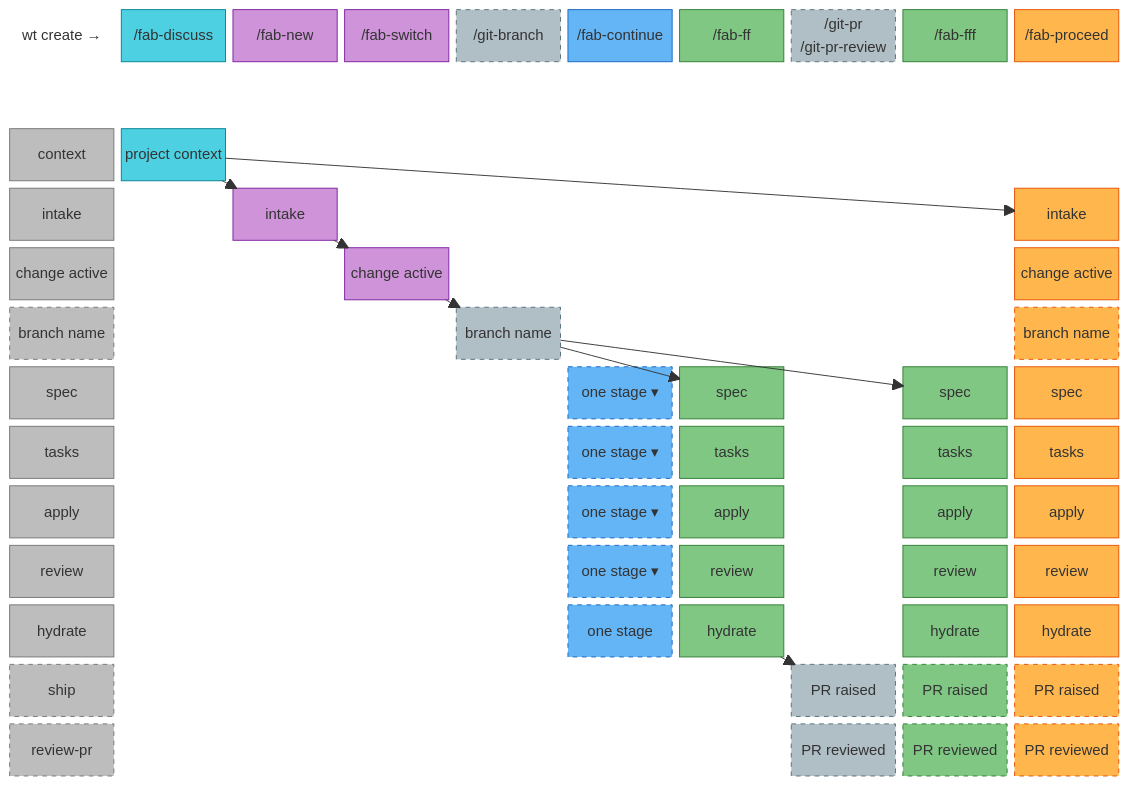
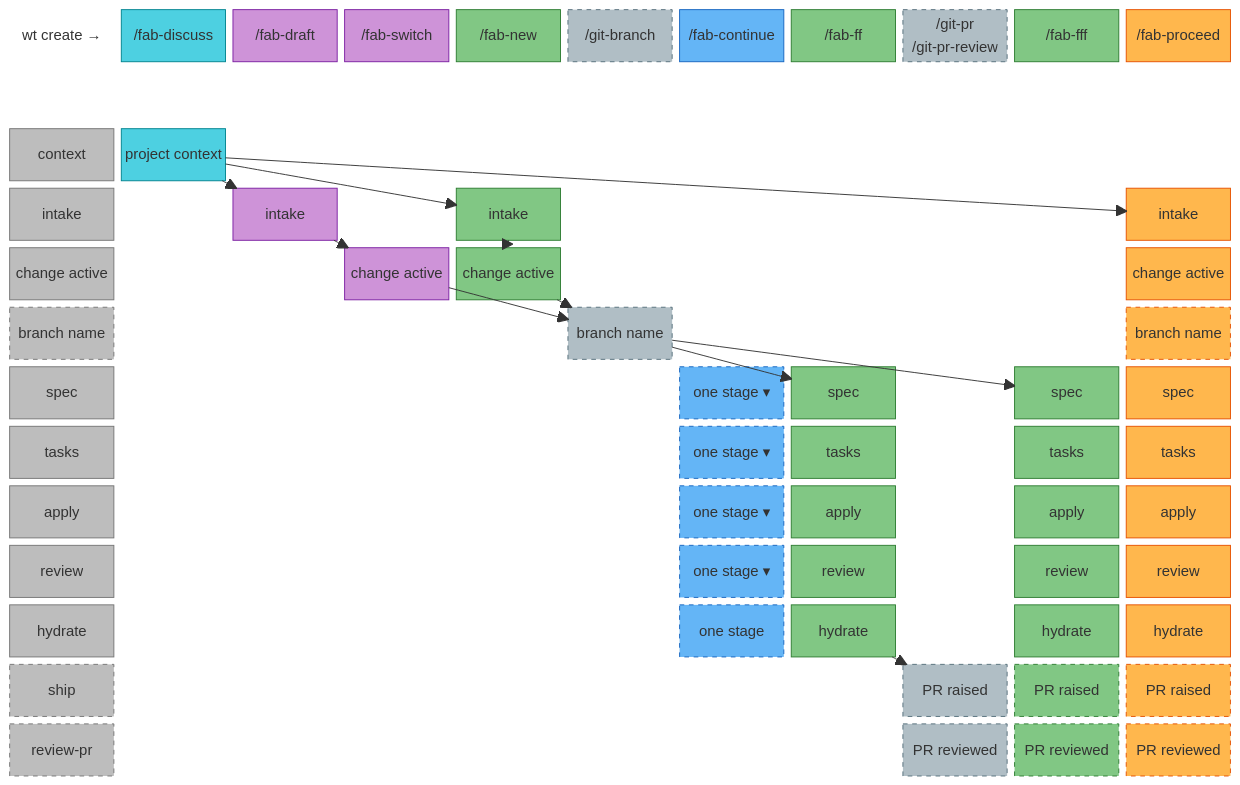
The second of 2 diagrams in README.md (sahil87/fab-kit), drawn with Mermaid before and after one commit. The commit also changed 17 other files, not shown here.

Commit message:
docs: Fab Draft Auto Activate (#319)

````diff
--- a/README.md
+++ b/README.md
@@ -391,28 +391,31 @@
 ```mermaid
 block-beta
-    columns 11
+    columns 12
 
-    hdr_label["wt create →"]:1 header0["/fab-discuss"] header1["/fab-new"] header2["/fab-switch"] header3["/git-branch"] header4["/fab-continue"] header5["/fab-ff"] header6["/git-pr \n /git-pr-review"] header8["/fab-fff"] header9["/fab-proceed"] space:1
+    hdr_label["wt create →"]:1 header0["/fab-discuss"] header1["/fab-draft"] header2["/fab-switch"] headerN["/fab-new"] header3["/git-branch"] header4["/fab-continue"] header5["/fab-ff"] header6["/git-pr \n /git-pr-review"] header8["/fab-fff"] header9["/fab-proceed"] space:1
 
-    space:11
+    space:12
 
-    s01["context"]:1 d_ctx["project context"]:1 space:9
-    s11["intake"]:1 space:1 fn_in["intake"]:1 space:6 p_in["intake"]:1 space:1
-    s02["change active"]:1 space:2 sw_act["change active"]:1 space:1 space:4 p_sw["change active"]:1 space:1
-    s03["branch name"]:1 space:3 gb_br["branch name"]:1 space:4 p_br["branch name"]:1 space:1
-    s04["spec"]:1 space:4 c_stg["one stage ▾"]:1 ff_sp["spec"]:1 space:1 fff_sp["spec"]:1 p_sp["spec"]:1 space:1
-    s05["tasks"]:1 space:4 c_stg2["one stage ▾"]:1 ff_ta["tasks"]:1 space:1 fff_ta["tasks"]:1 p_ta["tasks"]:1 space:1
-    s06["apply"]:1 space:4 c_stg3["one stage ▾"]:1 ff_ap["apply"]:1 space:1 fff_ap["apply"]:1 p_ap["apply"]:1 space:1
-    s07["review"]:1 space:4 c_stg4["one stage ▾"]:1 ff_rv["review"]:1 space:1 fff_rv["review"]:1 p_rv["review"]:1 space:1
-    s08["hydrate"]:1 space:4 c_stg5["one stage"]:1 ff_hy["hydrate"]:1 space:1 fff_hy["hydrate"]:1 p_hy["hydrate"]:1 space:1
-    s09["ship"]:1 space:4 space:1 space:1 gp_sh["PR raised"]:1 fff_pr["PR raised"]:1 p_pr["PR raised"]:1 space:1
-    s10["review-pr"]:1 space:4 space:1 space:1 gp_rp["PR reviewed"]:1 fff_rp["PR reviewed"]:1 p_rp["PR reviewed"]:1 space:1
+    s01["context"]:1 d_ctx["project context"]:1 space:10
+    s11["intake"]:1 space:1 fd_in["intake"]:1 space:1 fnew_in["intake"]:1 space:5 p_in["intake"]:1 space:1
+    s02["change active"]:1 space:2 sw_act["change active"]:1 fnew_act["change active"]:1 space:1 space:4 p_sw["change active"]:1 space:1
+    s03["branch name"]:1 space:4 gb_br["branch name"]:1 space:4 p_br["branch name"]:1 space:1
+    s04["spec"]:1 space:5 c_stg["one stage ▾"]:1 ff_sp["spec"]:1 space:1 fff_sp["spec"]:1 p_sp["spec"]:1 space:1
+    s05["tasks"]:1 space:5 c_stg2["one stage ▾"]:1 ff_ta["tasks"]:1 space:1 fff_ta["tasks"]:1 p_ta["tasks"]:1 space:1
+    s06["apply"]:1 space:5 c_stg3["one stage ▾"]:1 ff_ap["apply"]:1 space:1 fff_ap["apply"]:1 p_ap["apply"]:1 space:1
+    s07["review"]:1 space:5 c_stg4["one stage ▾"]:1 ff_rv["review"]:1 space:1 fff_rv["review"]:1 p_rv["review"]:1 space:1
+    s08["hydrate"]:1 space:5 c_stg5["one stage"]:1 ff_hy["hydrate"]:1 space:1 fff_hy["hydrate"]:1 p_hy["hydrate"]:1 space:1
+    s09["ship"]:1 space:5 space:1 space:1 gp_sh["PR raised"]:1 fff_pr["PR raised"]:1 p_pr["PR raised"]:1 space:1
+    s10["review-pr"]:1 space:5 space:1 space:1 gp_rp["PR reviewed"]:1 fff_rp["PR reviewed"]:1 p_rp["PR reviewed"]:1 space:1
 
     %% Arrows — multiple paths from top-left to bottom-right
-    d_ctx --> fn_in
+    d_ctx --> fd_in
+    d_ctx --> fnew_in
     d_ctx --> p_in
-    fn_in --> sw_act
+    fd_in --> sw_act
     sw_act --> gb_br
+    fnew_in --> fnew_act
+    fnew_act --> gb_br
     gb_br --> ff_sp
     gb_br --> fff_sp
     ff_hy --> gp_sh
@@ -422,6 +425,7 @@
     style header0 fill:#4dd0e1,stroke:#00838f,color:#1a1a1a
     style header1 fill:#ce93d8,stroke:#7B1FA2,color:#1a1a1a
     style header2 fill:#ce93d8,stroke:#7B1FA2,color:#1a1a1a
+    style headerN fill:#81c784,stroke:#2E7D32,color:#1a1a1a
     style header3 fill:#b0bec5,stroke:#546e7a,color:#1a1a1a,stroke-dasharray: 5 5
     style header4 fill:#64b5f6,stroke:#1565C0,color:#1a1a1a
     style header5 fill:#81c784,stroke:#2E7D32,color:#1a1a1a
@@ -445,11 +449,15 @@
     %% fab-discuss (Explore — teal)
     style d_ctx fill:#4dd0e1,stroke:#00838f,color:#1a1a1a
 
-    %% fab-new (Change lifecycle — purple)
-    style fn_in fill:#ce93d8,stroke:#7B1FA2,color:#1a1a1a
+    %% fab-draft (Change lifecycle — purple)
+    style fd_in fill:#ce93d8,stroke:#7B1FA2,color:#1a1a1a
 
     %% fab-switch (Change lifecycle — purple)
     style sw_act fill:#ce93d8,stroke:#7B1FA2,color:#1a1a1a
+
+    %% fab-new (Automation — green, creates intake + activates)
+    style fnew_in fill:#81c784,stroke:#2E7D32,color:#1a1a1a
+    style fnew_act fill:#81c784,stroke:#2E7D32,color:#1a1a1a
 
     %% git-branch (Git utilities — blue-grey)
     style gb_br fill:#b0bec5,stroke:#546e7a,color:#1a1a1a,stroke-dasharray: 5 5
````
